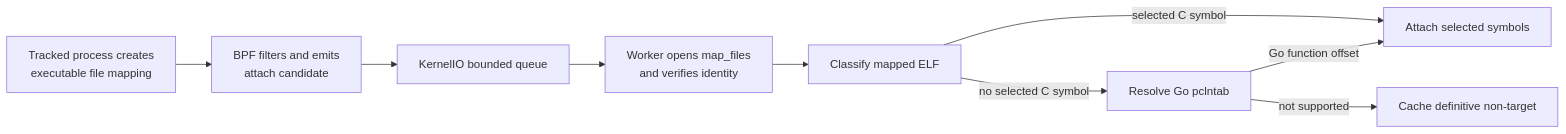
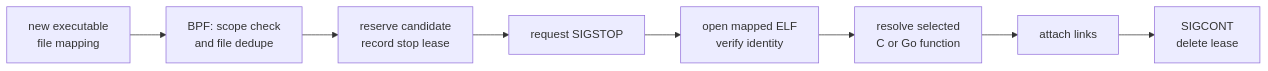
The third of 4 diagrams in docs/developer-guide/ebpf/http-uprobes.md (cicd-sensor/cicd-sensor), drawn with Mermaid before and after one commit. The commit also changed other lines of this file and 36 other files, not shown here.

````diff
--- a/docs/developer-guide/ebpf/http-uprobes.md
+++ b/docs/developer-guide/ebpf/http-uprobes.md
@@ -138,17 +128,13 @@
 ```mermaid
 flowchart LR
-    MAP["Tracked process creates<br/>executable file mapping"]
-    BPF["BPF filters and emits<br/>attach candidate"]
-    QUEUE["KernelIO bounded queue"]
-    OPEN["Worker opens map_files<br/>and verifies identity"]
-    ELF["Classify mapped ELF"]
-    GO["Resolve Go pclntab"]
-    ATTACH["Attach selected symbols"]
-    CACHE["Cache definitive non-target"]
+    MAP["new executable<br/>file mapping"]
+    FILTER["BPF: scope check<br/>and file dedupe"]
+    LEASE["reserve candidate<br/>record stop lease"]
+    STOP["request SIGSTOP"]
+    OPEN["open mapped ELF<br/>verify identity"]
+    CLASSIFY["resolve selected<br/>C or Go function"]
+    ATTACH["attach links"]
+    RESUME["SIGCONT<br/>delete lease"]
 
-    MAP --> BPF --> QUEUE --> OPEN --> ELF
-    ELF -->|"selected C symbol"| ATTACH
-    ELF -->|"no selected C symbol"| GO
-    GO -->|"Go function offset"| ATTACH
-    GO -->|"not supported"| CACHE
+    MAP --> FILTER --> LEASE --> STOP --> OPEN --> CLASSIFY --> ATTACH --> RESUME
 ```
````
